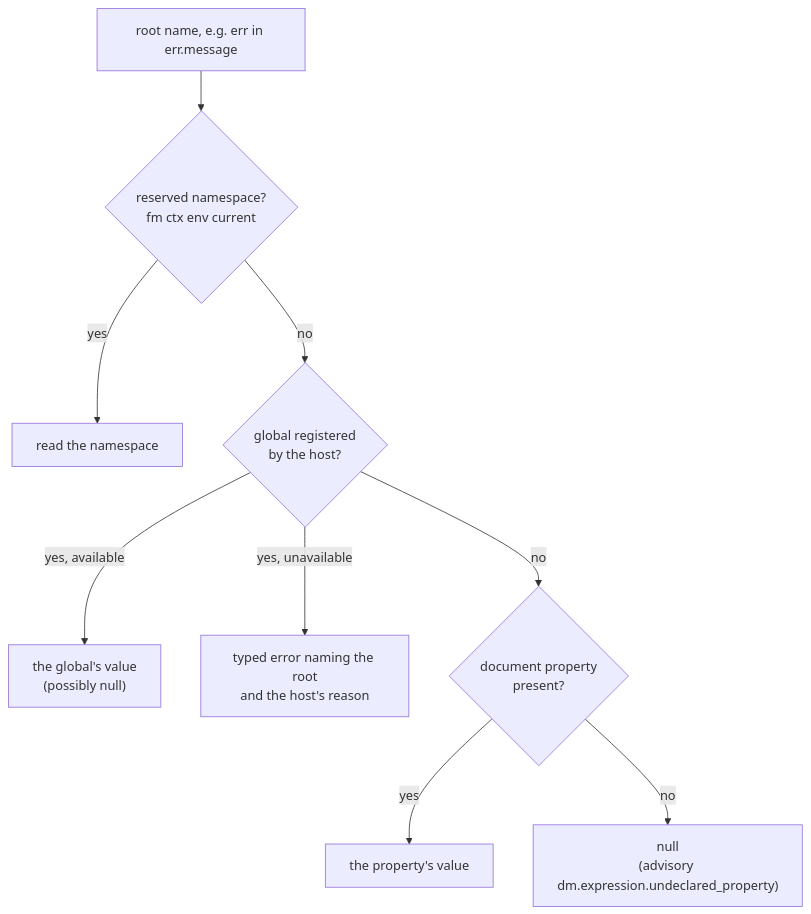
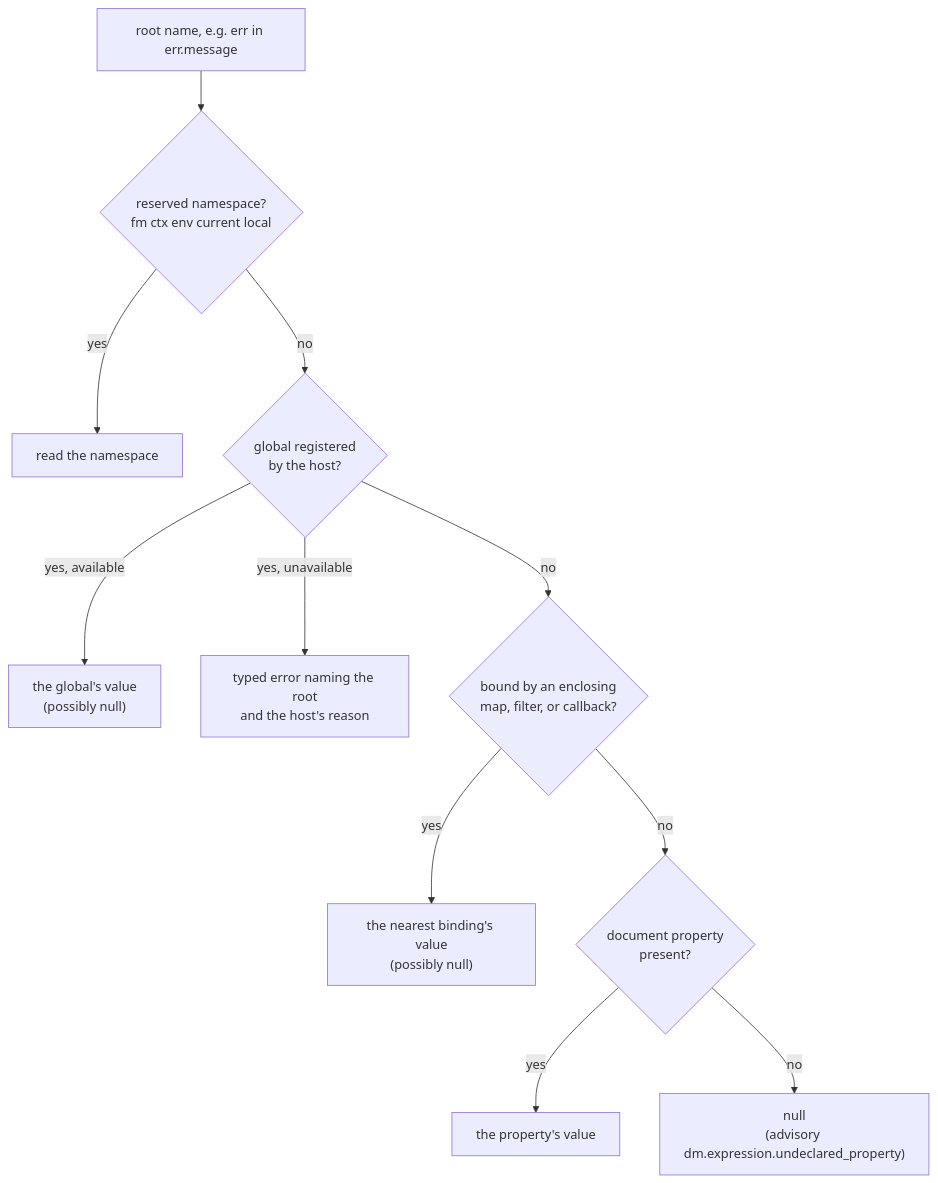
One commit to yankeeinlondon/rusty-biscuit changed the first of 3 diagrams in darkmatter/docs/topics/darkmatter-expressions.md. Above: the diagram before and after it, drawn with Mermaid. The commit also changed other lines of this file and 18 other files, not shown here.

First line of the commit message:
docs(darkmatter): document map and filter composition

````diff
--- a/darkmatter/docs/topics/darkmatter-expressions.md
+++ b/darkmatter/docs/topics/darkmatter-expressions.md
@@ -146,11 +153,13 @@
 ```mermaid
 flowchart TD
-    R["root name, e.g. err in err.message"] --> N{"reserved namespace?<br/>fm ctx env current"}
+    R["root name, e.g. err in err.message"] --> N{"reserved namespace?<br/>fm ctx env current local"}
     N -- yes --> NS["read the namespace"]
     N -- no --> G{"global registered<br/>by the host?"}
     G -- "yes, available" --> GV["the global's value<br/>(possibly null)"]
     G -- "yes, unavailable" --> GE["typed error naming the root<br/>and the host's reason"]
-    G -- no --> D{"document property<br/>present?"}
+    G -- no --> L{"bound by an enclosing<br/>map, filter, or callback?"}
+    L -- yes --> LV["the nearest binding's value<br/>(possibly null)"]
+    L -- no --> D{"document property<br/>present?"}
     D -- yes --> DV["the property's value"]
     D -- no --> DN["null<br/>(advisory dm.expression.undeclared_property)"]
 ```
````
